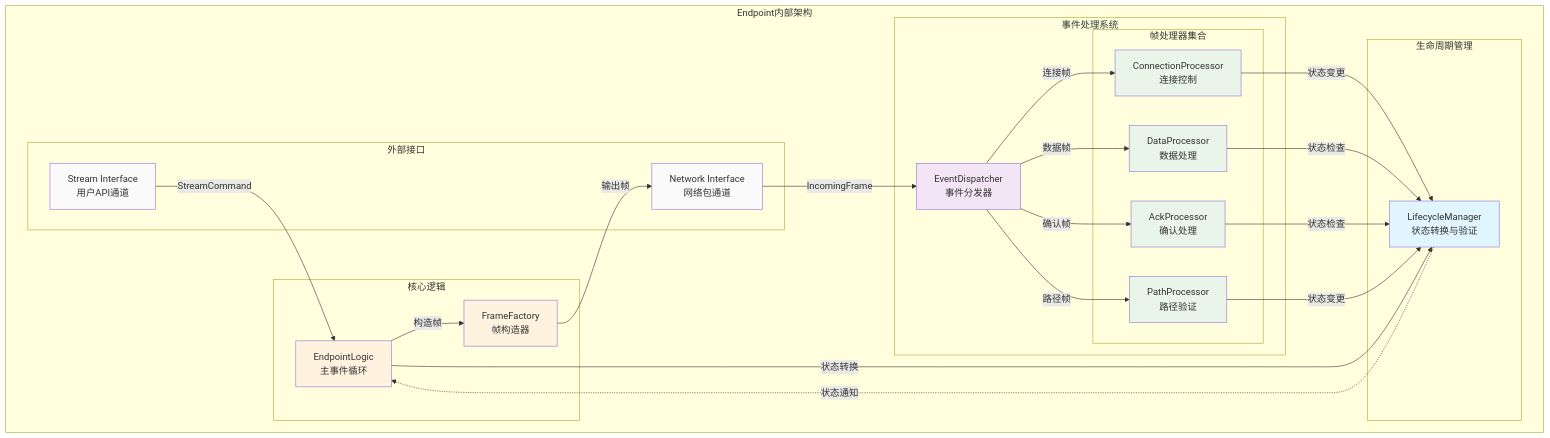
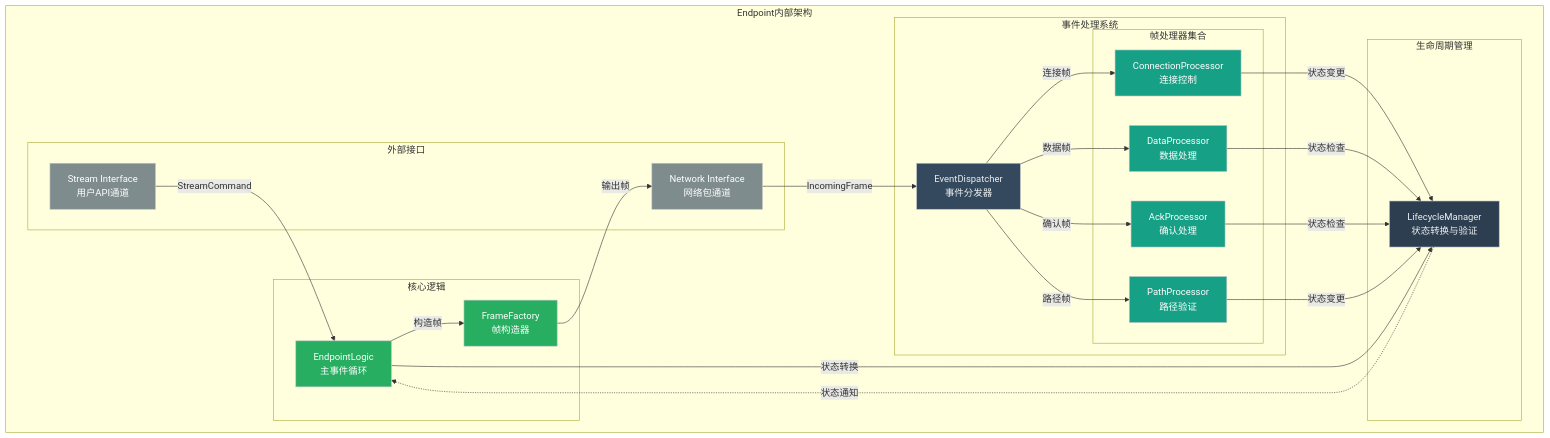
The second of 2 diagrams in docs/src/features/02-core-protocol/01-protocol-layering.md (ShaoG-R/kestrel-protocol), drawn with Mermaid before and after one commit. The commit also changed other lines of this file, not shown here.

Commit message:
更新文档，调整架构图中的样式定义以支持深色主题，提升可读性和一致性。

````diff
--- a/docs/src/features/02-core-protocol/01-protocol-layering.md
+++ b/docs/src/features/02-core-protocol/01-protocol-layering.md
@@ -84,62 +86,63 @@
 ```mermaid
+
 graph TD
     subgraph "Endpoint内部架构"
         subgraph "生命周期管理"
             LM[LifecycleManager<br/>状态转换与验证]
         end
         
         subgraph "事件处理系统"
             ED[EventDispatcher<br/>事件分发器]
             
             subgraph "帧处理器集合"
                 CP[ConnectionProcessor<br/>连接控制]
                 DP[DataProcessor<br/>数据处理]  
                 AP[AckProcessor<br/>确认处理]
                 PP[PathProcessor<br/>路径验证]
             end
         end
         
         subgraph "核心逻辑"
             LOGIC[EndpointLogic<br/>主事件循环]
             FF[FrameFactory<br/>帧构造器]
         end
         
         subgraph "外部接口"
             STREAM_IF[Stream Interface<br/>用户API通道]
             NETWORK_IF[Network Interface<br/>网络包通道]
         end
     end
 
     %% 数据流和控制流
     STREAM_IF -->|StreamCommand| LOGIC
     NETWORK_IF -->|IncomingFrame| ED
     
     ED -->|连接帧| CP
     ED -->|数据帧| DP
     ED -->|确认帧| AP
     ED -->|路径帧| PP
     
     CP -->|状态变更| LM
     DP -->|状态检查| LM
     AP -->|状态检查| LM
     PP -->|状态变更| LM
     
     LOGIC -->|状态转换| LM
     LOGIC -->|构造帧| FF
     FF -->|输出帧| NETWORK_IF
     
     LM -.->|状态通知| LOGIC
     
-    %% 样式
-    classDef lifecycle fill:#e1f5fe
-    classDef event fill:#f3e5f5
-    classDef processor fill:#e8f5e8
-    classDef logic fill:#fff3e0
-    classDef interface fill:#fafafa
+    %% 样式定义 (深色主题)
+    classDef lifecycle fill:#2C3E50,color:#ECF0F1,stroke:#BDC3C7
+    classDef event fill:#34495E,color:#ECF0F1,stroke:#BDC3C7
+    classDef processor fill:#16A085,color:#FFFFFF,stroke:#BDC3C7
+    classDef logic fill:#27AE60,color:#FFFFFF,stroke:#BDC3C7
+    classDef interface fill:#7F8C8D,color:#FFFFFF,stroke:#BDC3C7
 
     class LM lifecycle
     class ED event
     class CP,DP,AP,PP processor
     class LOGIC,FF logic
     class STREAM_IF,NETWORK_IF interface
 ```
````
